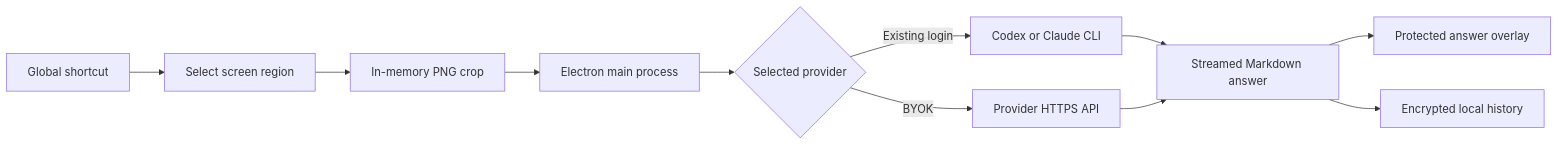
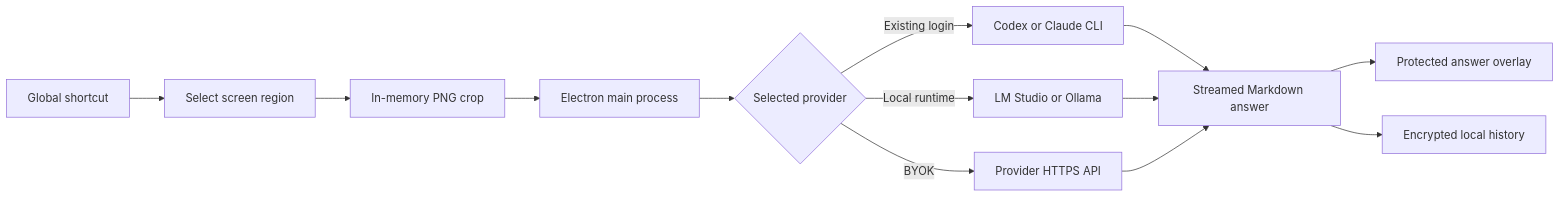
One commit to rsm23/haired changed the diagram in README.md. Above: the diagram before and after it, drawn with Mermaid. The commit also changed other lines of this file and 8 other files, not shown here.

First line of the commit message:
feat: add support for local model runtimes (LM Studio and Ollama)

````diff
--- a/README.md
+++ b/README.md
@@ -74,13 +75,15 @@
 ```mermaid
 flowchart LR
     A["Global shortcut"] --> B["Select screen region"]
     B --> C["In-memory PNG crop"]
     C --> D["Electron main process"]
     D --> E{"Selected provider"}
     E -->|"Existing login"| F["Codex or Claude CLI"]
+    E -->|"Local runtime"| K["LM Studio or Ollama"]
     E -->|"BYOK"| G["Provider HTTPS API"]
     F --> H["Streamed Markdown answer"]
+    K --> H
     G --> H
     H --> I["Protected answer overlay"]
     H --> J["Encrypted local history"]
 ```
````
